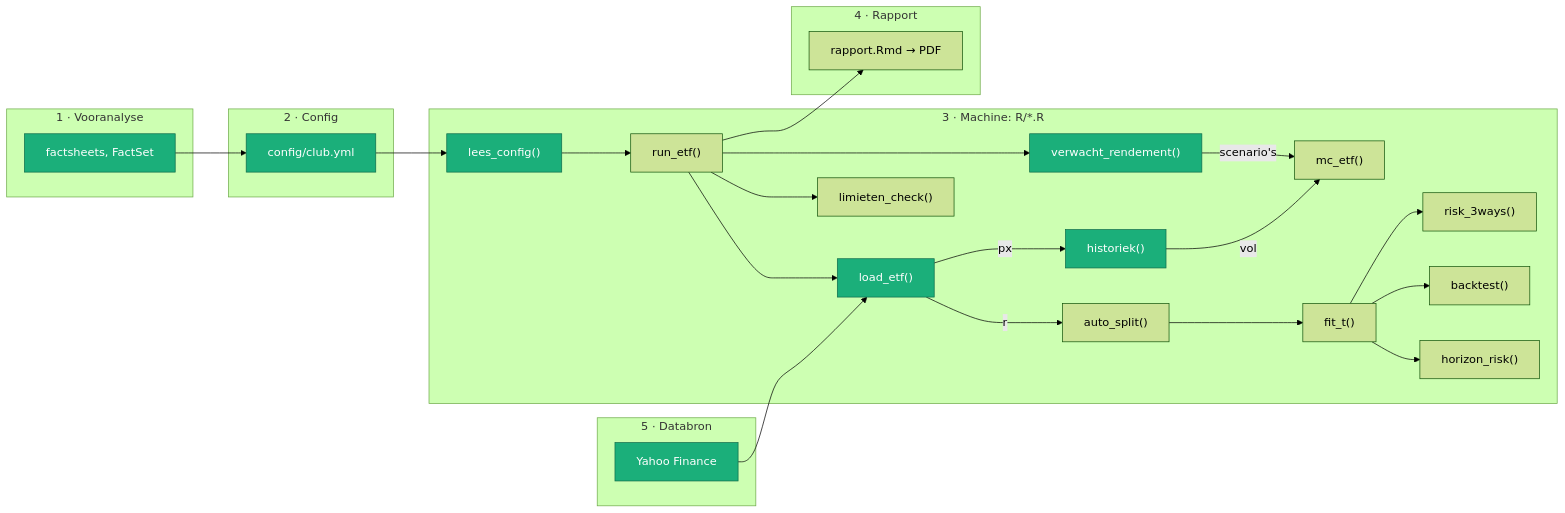
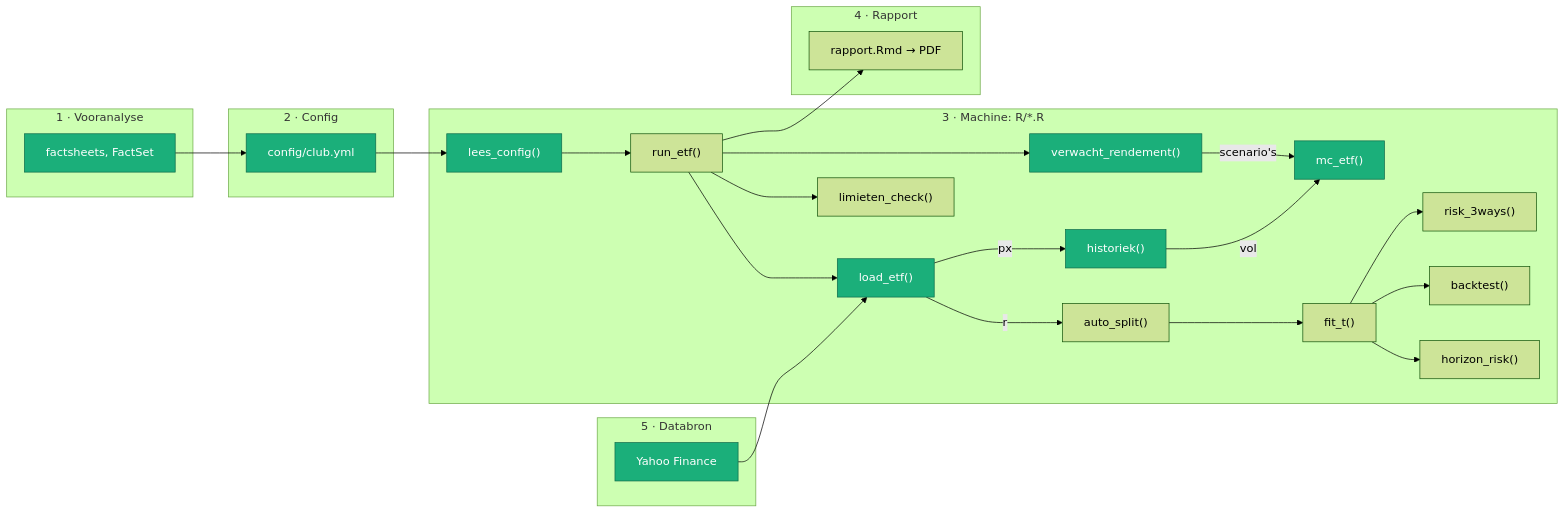
One commit to batistedecat/etf-model-1 changed the diagram in README.md. Above: the diagram before and after it, drawn with Mermaid (forest theme).

Commit message:
Add 'MC' to finished classes in README

````diff
--- a/README.md
+++ b/README.md
@@ -6,43 +6,43 @@
 ```mermaid
 flowchart LR
   subgraph A["1 · Vooranalyse"]
     S["factsheets, FactSet"]
   end
   subgraph B["2 · Config"]
     Y["config/club.yml"]
   end
   subgraph C["3 · Machine: R/*.R"]
     LC["lees_config()"]
     RE["run_etf()"]
     LE["load_etf()"]
     HI["historiek()"]
     VR["verwacht_rendement()"]
     MC["mc_etf()"]
     AS["auto_split()"]
     FT["fit_t()"]
     RK["risk_3ways()"]
     BT["backtest()"]
     HR["horizon_risk()"]
     LM["limieten_check()"]
   end
   subgraph D["4 · Rapport"]
     RP["rapport.Rmd → PDF"]
   end
   subgraph E["5 · Databron"]
     YH["Yahoo Finance"]
   end
   S --> Y --> LC --> RE
   RE --> LE
   LE -->|px| HI
   YH --> LE
   RE --> VR -->|scenario's| MC
   HI -->|vol| MC
   LE -->|r| AS --> FT
   FT --> RK
   FT --> BT
   FT --> HR
   RE --> LM
   RE --> RP
   classDef klaar fill:#1BAF7A,color:#fff,stroke:#0d6b4a
-    class LC,LE,YH,Y,S,HI,VR klaar
+    class LC,LE,YH,Y,S,HI,VR,MC klaar
 ```
````
